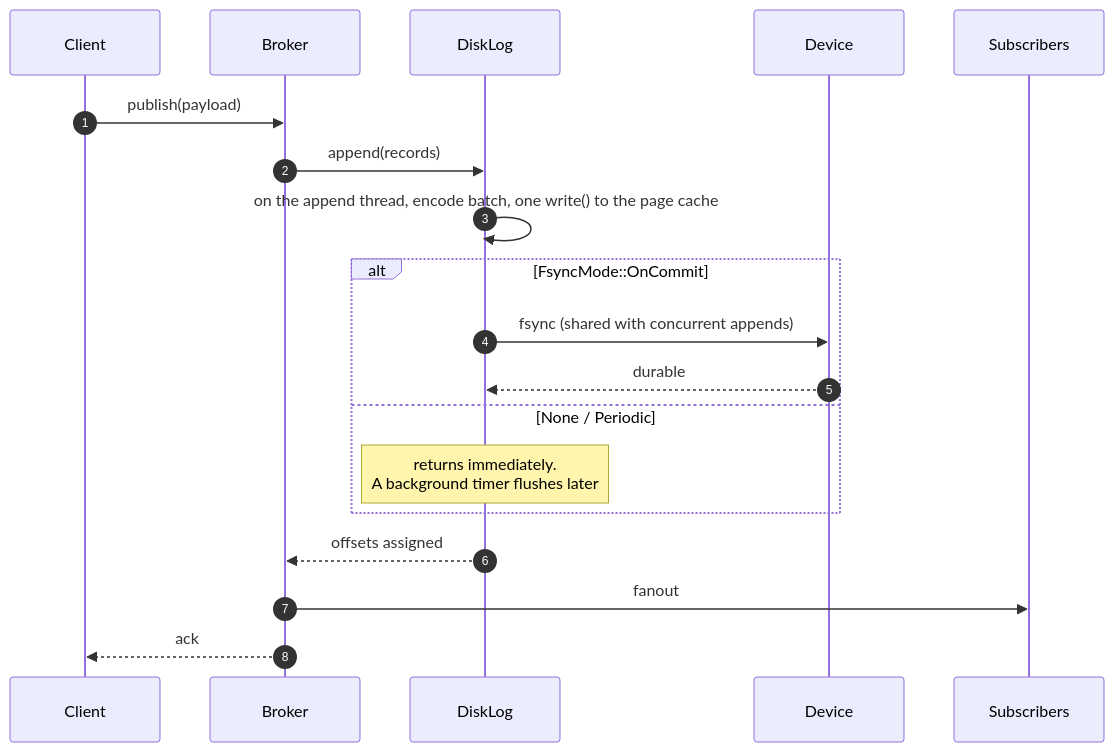
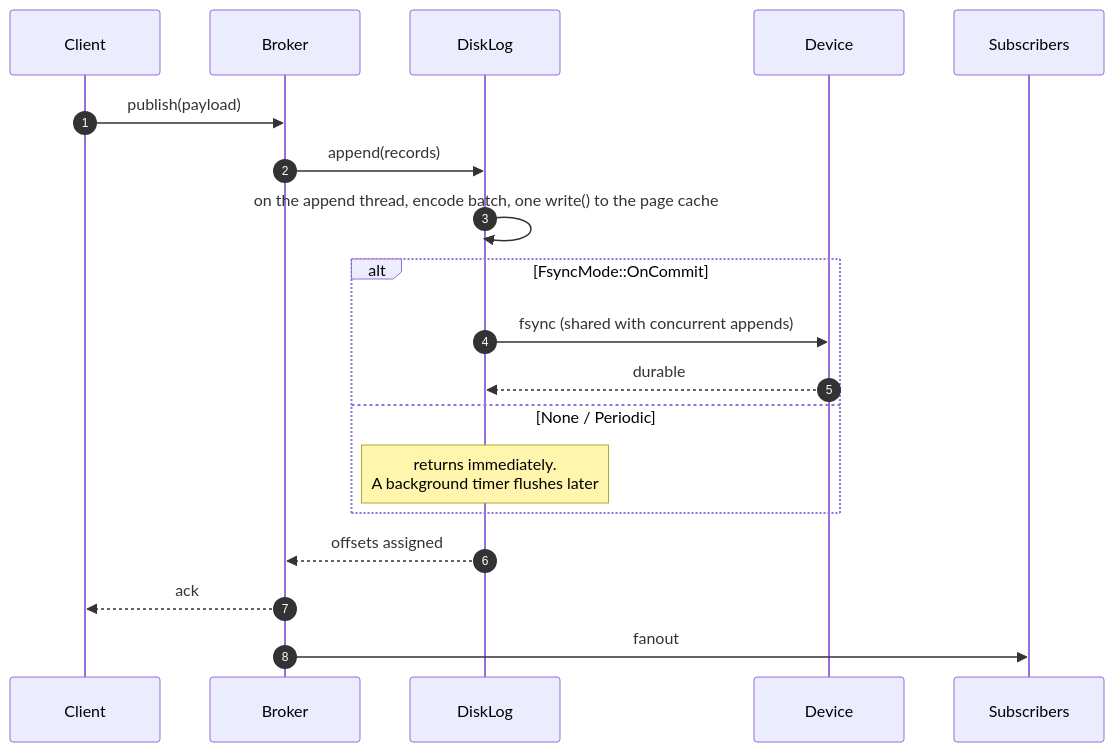
The second of 6 diagrams in docs-site/src/content/docs/architecture/durable-storage.md (GetFelix/felix), drawn with Mermaid before and after one commit. The commit also changed other lines of this file and 17 other files, not shown here.

````diff
--- a/docs-site/src/content/docs/architecture/durable-storage.md
+++ b/docs-site/src/content/docs/architecture/durable-storage.md
@@ -62,24 +62,24 @@
 ```mermaid
 sequenceDiagram
     autonumber
     participant C as Client
     participant B as Broker
     participant L as DiskLog
     participant D as Device
     participant S as Subscribers
 
     C->>B: publish(payload)
     B->>L: append(records)
     L->>L: on the append thread, encode batch, one write() to the page cache
 
     alt FsyncMode::OnCommit
         L->>D: fsync (shared with concurrent appends)
         D-->>L: durable
     else None / Periodic
         Note over L: returns immediately.<br/>A background timer flushes later
     end
 
     L-->>B: offsets assigned
+    B-->>C: ack
     B->>S: fanout
-    B-->>C: ack
 ```
````
